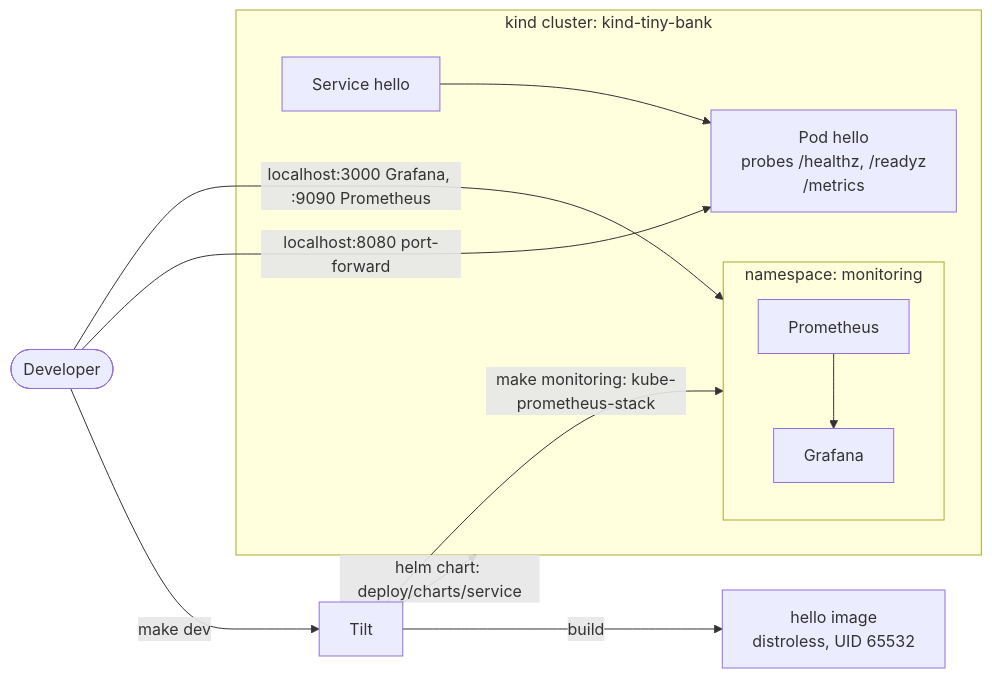
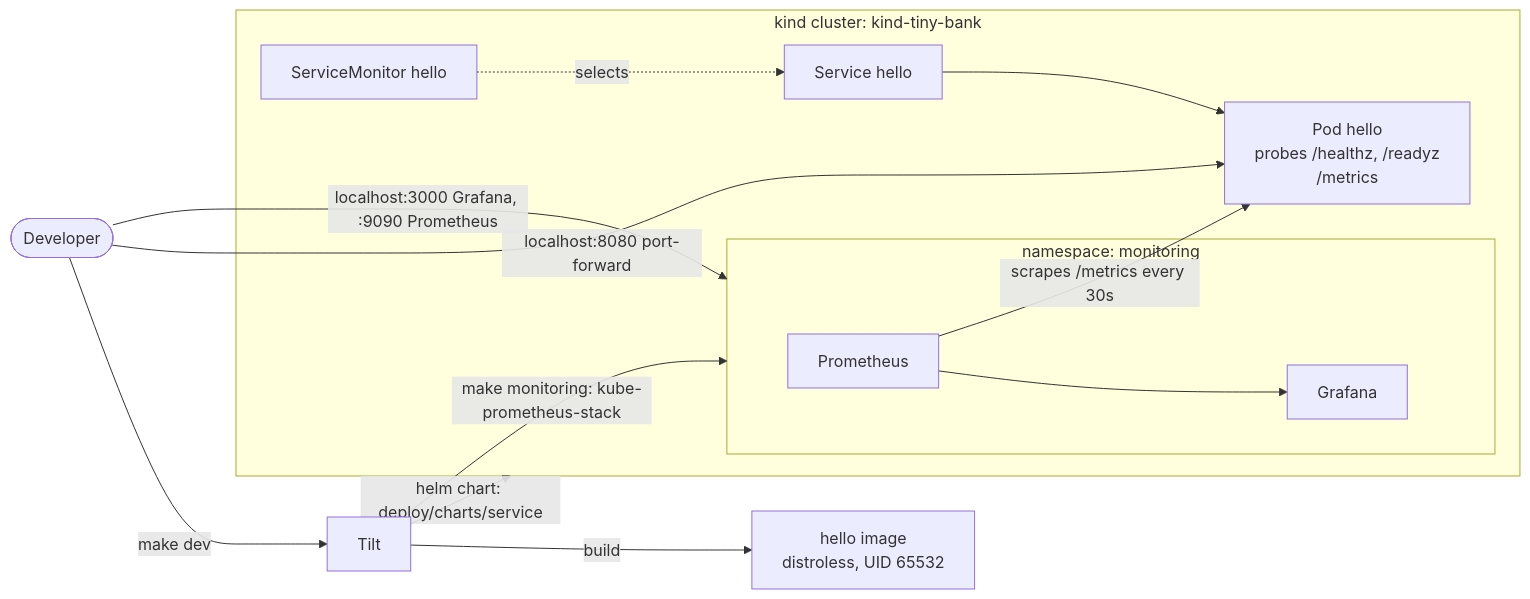
Before and after one commit to tinypell3ts/tiny-bank: the second of 2 diagrams in docs/architecture.md, drawn with Mermaid. The commit also changed other lines of this file and 9 other files, not shown here.

Commit message:
feat(deploy): add a ServiceMonitor to the shared chart so Prometheus scrapes every service

````diff
--- a/docs/architecture.md
+++ b/docs/architecture.md
@@ -30,15 +30,17 @@
 ```mermaid
 flowchart LR
     dev([Developer]) -->|make dev| tilt[Tilt]
     tilt -->|build| img[hello image<br/>distroless, UID 65532]
     tilt -->|helm chart: deploy/charts/service| k8s
     subgraph k8s [kind cluster: kind-tiny-bank]
         svc[Service hello] --> pod[Pod hello<br/>probes /healthz, /readyz<br/>/metrics]
+        sm[ServiceMonitor hello] -.selects.-> svc
         subgraph mon [namespace: monitoring]
             prom[Prometheus] --> graf[Grafana]
         end
+        prom -->|scrapes /metrics every 30s| pod
     end
     tilt -->|make monitoring: kube-prometheus-stack| mon
     dev -->|localhost:8080 port-forward| pod
     dev -->|localhost:3000 Grafana, :9090 Prometheus| mon
 ```
````
